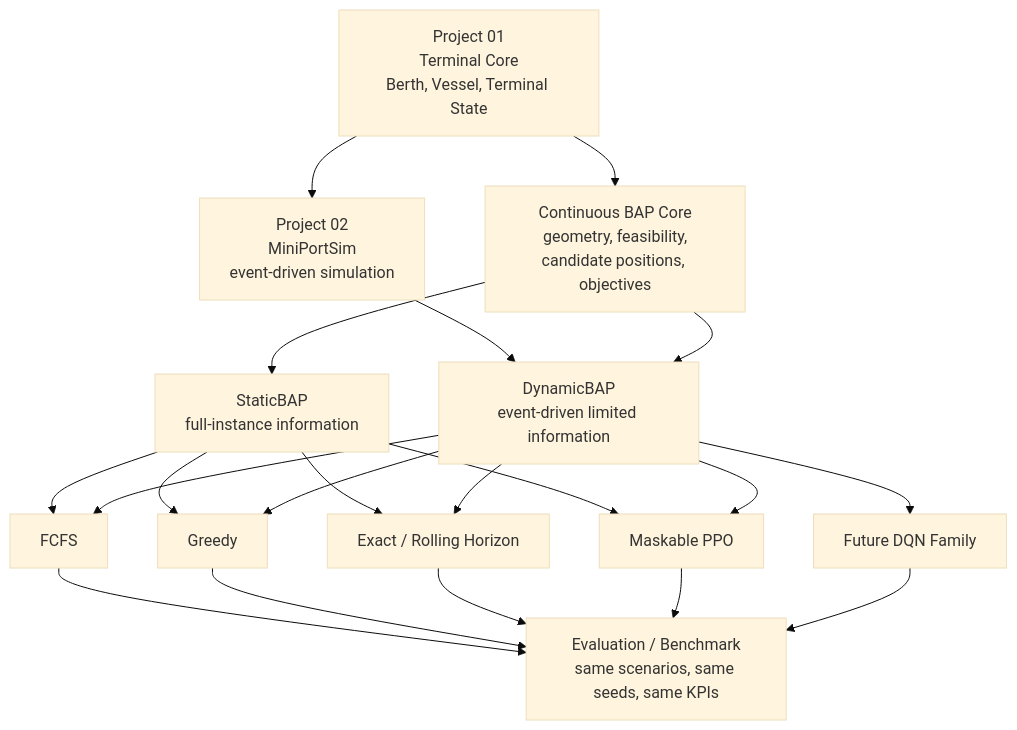
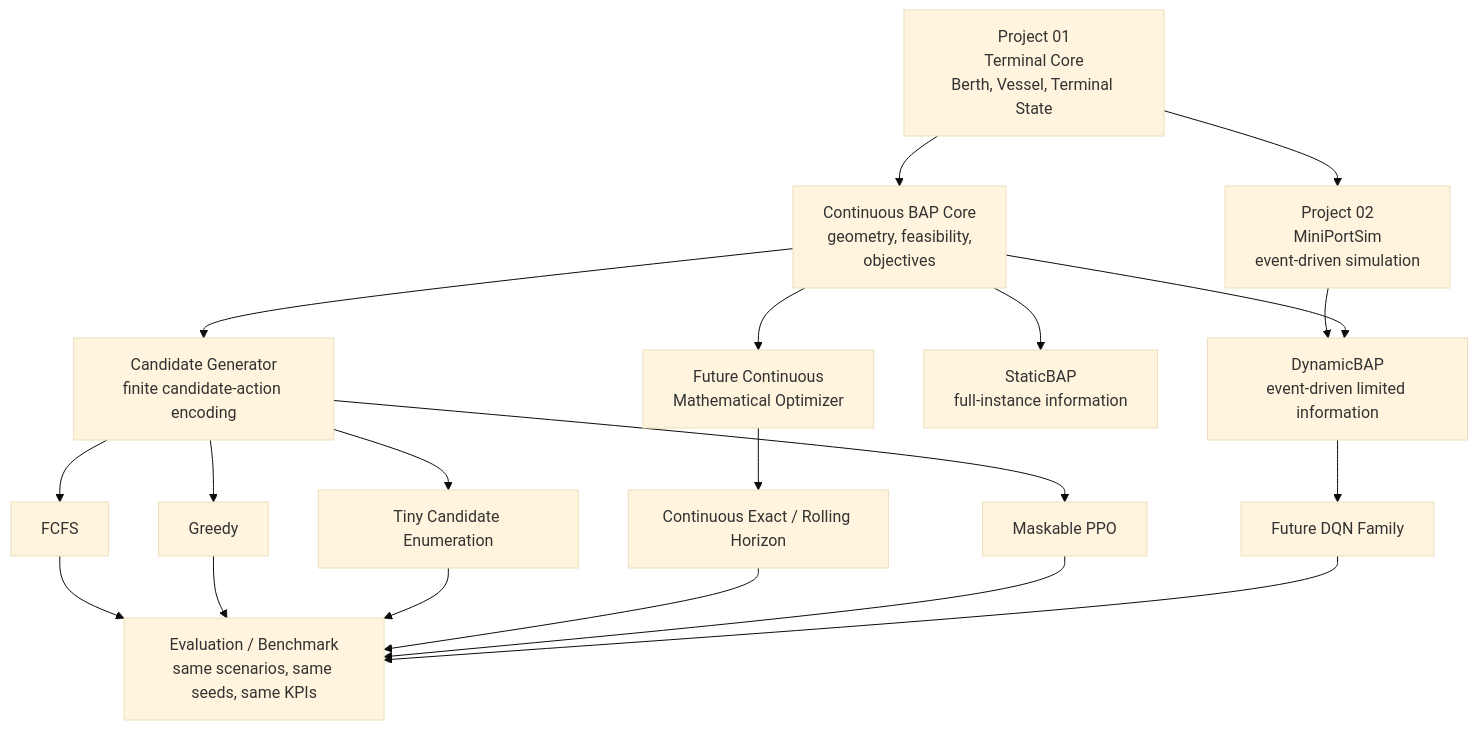
Before and after one commit to egeakici/port-operations-lab: the diagram in 03-berth-allocation-lab/docs/problem_specification.md, drawn with Mermaid (base theme). The commit also changed other lines of this file and 2 other files, not shown here.

````diff
--- a/03-berth-allocation-lab/docs/problem_specification.md
+++ b/03-berth-allocation-lab/docs/problem_specification.md
@@ -1071,34 +1107,37 @@
 ```mermaid
 flowchart TD
     P01[Project 01<br/>Terminal Core<br/>Berth, Vessel, Terminal State]
     P02[Project 02<br/>MiniPortSim<br/>event-driven simulation]
-    CORE[Continuous BAP Core<br/>geometry, feasibility,<br/>candidate positions, objectives]
+    CORE[Continuous BAP Core<br/>geometry, feasibility,<br/>objectives]
+    CAND[Candidate Generator<br/>finite candidate-action encoding]
+    CONTOPT[Future Continuous<br/>Mathematical Optimizer]
     STATIC[StaticBAP<br/>full-instance information]
     DYNAMIC[DynamicBAP<br/>event-driven limited information]
     FCFS[FCFS]
     GREEDY[Greedy]
-    EXACT[Exact / Rolling Horizon]
+    ENUM[Tiny Candidate Enumeration]
+    EXACT[Continuous Exact / Rolling Horizon]
     PPO[Maskable PPO]
     DQN[Future DQN Family]
     EVAL[Evaluation / Benchmark<br/>same scenarios, same seeds, same KPIs]
 
     P01 --> P02
     P01 --> CORE
     P02 --> DYNAMIC
+    CORE --> CAND
+    CORE --> CONTOPT
     CORE --> STATIC
     CORE --> DYNAMIC
-    STATIC --> FCFS
-    STATIC --> GREEDY
-    STATIC --> EXACT
-    STATIC --> PPO
-    DYNAMIC --> FCFS
-    DYNAMIC --> GREEDY
-    DYNAMIC --> EXACT
-    DYNAMIC --> PPO
+    CAND --> FCFS
+    CAND --> GREEDY
+    CAND --> ENUM
+    CAND --> PPO
+    CONTOPT --> EXACT
     DYNAMIC --> DQN
     FCFS --> EVAL
     GREEDY --> EVAL
+    ENUM --> EVAL
     EXACT --> EVAL
     PPO --> EVAL
     DQN --> EVAL
 ```
````
